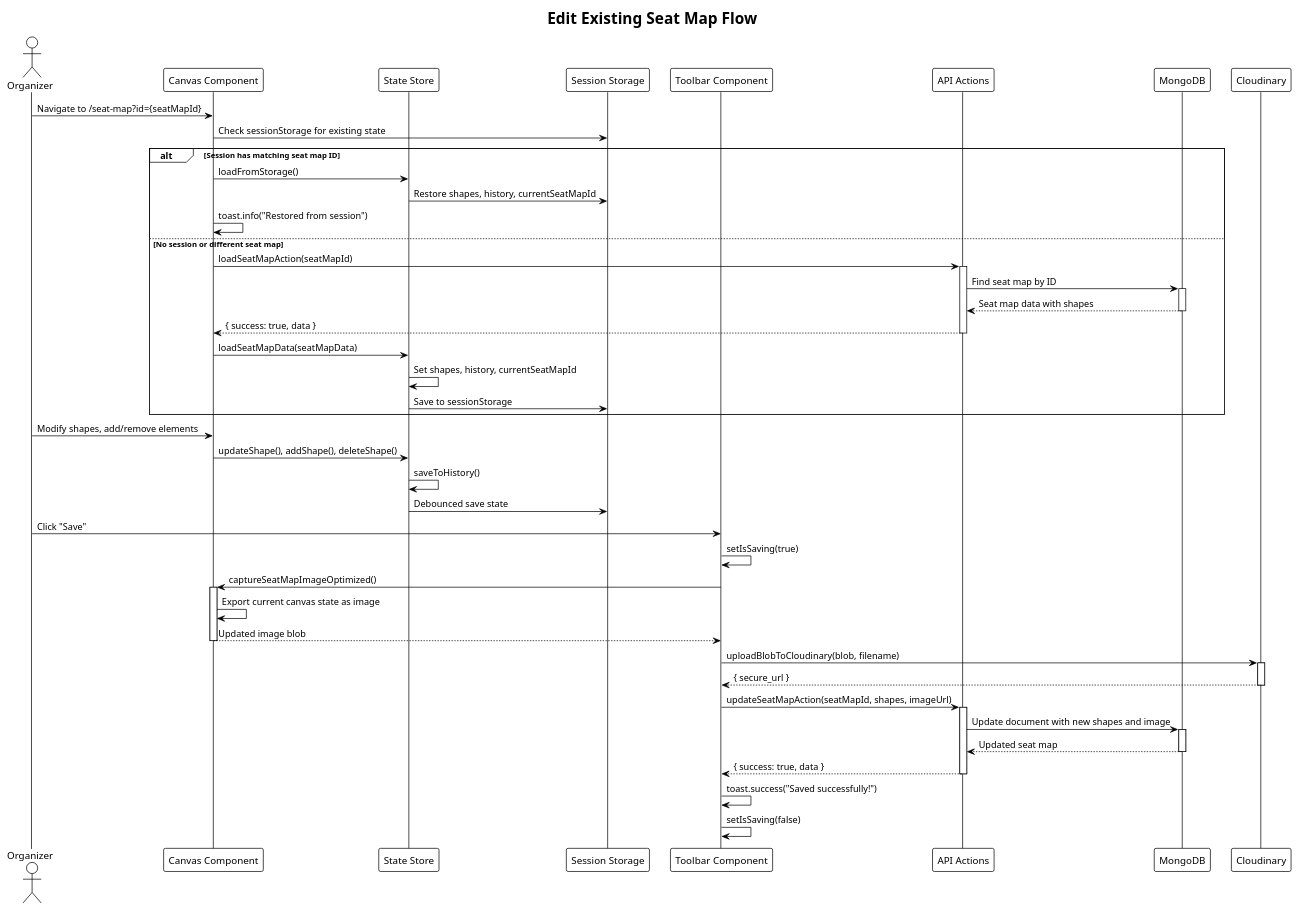
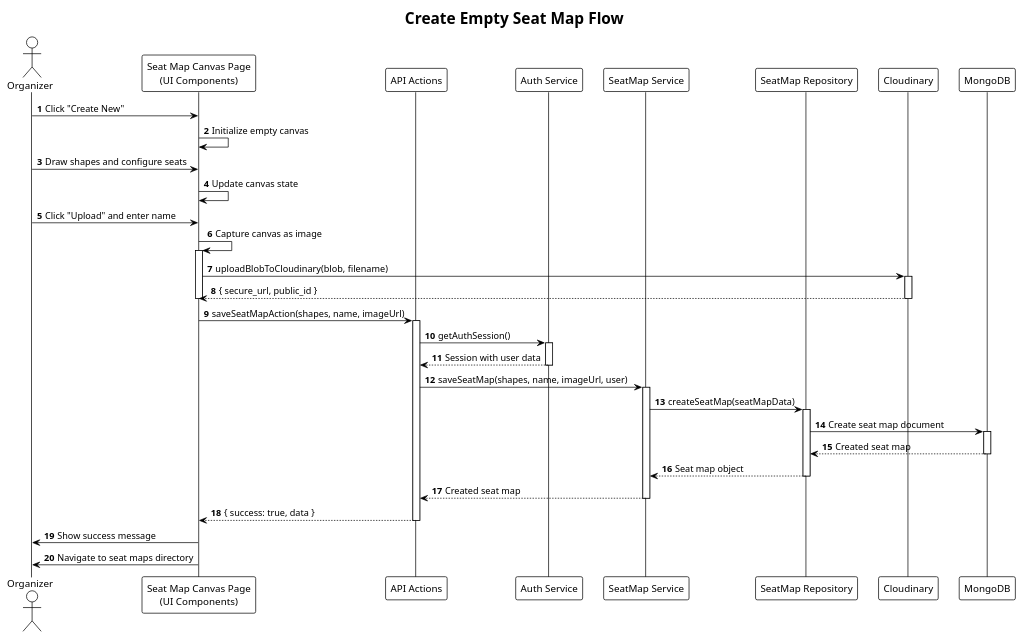
One commit to VieTicket/vieticket-monorepo changed the third of 6 diagrams in puml/seat-map.puml. Above: the diagram before and after it, drawn with PlantUML. The commit also changed other lines of this file and 183 other files, not shown here.

```diff
--- a/puml/seat-map.puml
+++ b/puml/seat-map.puml
@@ -150,72 +159,59 @@
-@startuml edit-existing-seat-map
+@startuml create-empty-seat-map
+autonumber
 !theme plain
-title Edit Existing Seat Map Flow
+title Create Empty Seat Map Flow
 
 actor Organizer
-participant "Canvas Component" as Canvas
-participant "State Store" as Store
-participant "Session Storage" as Session
-participant "Toolbar Component" as Toolbar
+participant "Seat Map Canvas Page\n(UI Components)" as Page
 participant "API Actions" as Actions
+participant "Auth Service" as Auth
+participant "SeatMap Service" as Service
+participant "SeatMap Repository" as Repo
+participant "Cloudinary" as Cloud
 participant "MongoDB" as MongoDB
-participant "Cloudinary" as Cloud
 
-Organizer -> Canvas: Navigate to /seat-map?id={seatMapId}
+Organizer -> Page: Click "Create New"
+Page -> Page: Initialize empty canvas
 
-Canvas -> Session: Check sessionStorage for existing state
+Organizer -> Page: Draw shapes and configure seats
+Page -> Page: Update canvas state
 
-alt Session has matching seat map ID
-    Canvas -> Store: loadFromStorage()
-    Store -> Session: Restore shapes, history, currentSeatMapId
-    Canvas -> Canvas: toast.info("Restored from session")
-else No session or different seat map
-    Canvas -> Actions: loadSeatMapAction(seatMapId)
-    activate Actions
-    
-    Actions -> MongoDB: Find seat map by ID
-    activate MongoDB
-    MongoDB --> Actions: Seat map data with shapes
-    deactivate MongoDB
-    
-    Actions --> Canvas: { success: true, data }
-    deactivate Actions
-    
-    Canvas -> Store: loadSeatMapData(seatMapData)
-    Store -> Store: Set shapes, history, currentSeatMapId
-    Store -> Session: Save to sessionStorage
-end
+Organizer -> Page: Click "Upload" and enter name
+Page -> Page: Capture canvas as image
+activate Page
+Page -> Cloud: uploadBlobToCloudinary(blob, filename)
+activate Cloud
+Cloud --> Page: { secure_url, public_id }
+deactivate Cloud
+deactivate Page
 
-Organizer -> Canvas: Modify shapes, add/remove elements
-Canvas -> Store: updateShape(), addShape(), deleteShape()
-Store -> Store: saveToHistory()
-Store -> Session: Debounced save state
-
-Organizer -> Toolbar: Click "Save"
-Toolbar -> Toolbar: setIsSaving(true)
-
-Toolbar -> Canvas: captureSeatMapImageOptimized()
-activate Canvas
-Canvas -> Canvas: Export current canvas state as image
-Canvas --> Toolbar: Updated image blob
-deactivate Canvas
-
-Toolbar -> Cloud: uploadBlobToCloudinary(blob, filename)
-activate Cloud
-Cloud --> Toolbar: { secure_url }
-deactivate Cloud
-
-Toolbar -> Actions: updateSeatMapAction(seatMapId, shapes, imageUrl)
+Page -> Actions: saveSeatMapAction(shapes, name, imageUrl)
 activate Actions
 
-Actions -> MongoDB: Update document with new shapes and image
+Actions -> Auth: getAuthSession()
+activate Auth
+Auth --> Actions: Session with user data
+deactivate Auth
+
+Actions -> Service: saveSeatMap(shapes, name, imageUrl, user)
+activate Service
+
+Service -> Repo: createSeatMap(seatMapData)
+activate Repo
+Repo -> MongoDB: Create seat map document
 activate MongoDB
-MongoDB --> Actions: Updated seat map
+MongoDB --> Repo: Created seat map
 deactivate MongoDB
+Repo --> Service: Seat map object
+deactivate Repo
 
-Actions --> Toolbar: { success: true, data }
+Service --> Actions: Created seat map
+deactivate Service
+
+Actions --> Page: { success: true, data }
 deactivate Actions
 
-Toolbar -> Toolbar: toast.success("Saved successfully!")
-Toolbar -> Toolbar: setIsSaving(false)
+Page -> Organizer: Show success message
+Page -> Organizer: Navigate to seat maps directory
 
 @enduml
```
